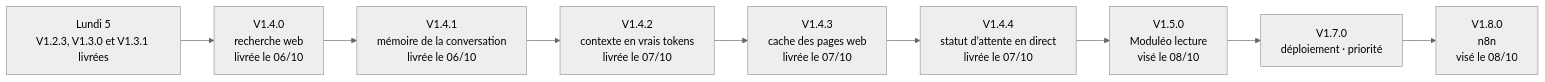
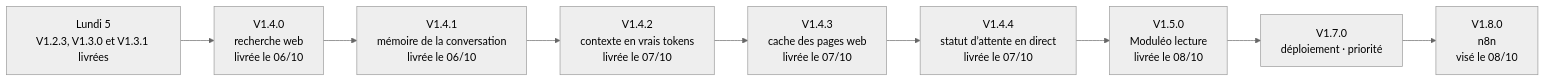
Before and after one commit to UlyssouLV/BBASS-Agents-IA: the third of 3 diagrams in README.md, drawn with Mermaid (neutral theme). The commit also changed other lines of this file and 7 other files, not shown here.

````diff
--- a/README.md
+++ b/README.md
@@ -161,11 +162,11 @@
 ```mermaid
 flowchart LR
   L05["Lundi 5<br/>V1.2.3, V1.3.0 et V1.3.1 livrées"] --> V140["V1.4.0<br/>recherche web<br/>livrée le 06/10"]
   V140 --> V141["V1.4.1<br/>mémoire de la conversation<br/>livrée le 06/10"]
   V141 --> V142["V1.4.2<br/>contexte en vrais tokens<br/>livrée le 07/10"]
   V142 --> V143["V1.4.3<br/>cache des pages web<br/>livrée le 07/10"]
   V143 --> V144["V1.4.4<br/>statut d’attente en direct<br/>livrée le 07/10"]
-  V144 --> V150["V1.5.0<br/>Moduléo lecture<br/>visé le 08/10"]
+  V144 --> V150["V1.5.0<br/>Moduléo lecture<br/>livrée le 08/10"]
   V150 --> V170["V1.7.0<br/>déploiement · priorité"]
   V170 --> V180["V1.8.0<br/>n8n<br/>visé le 08/10"]
 ```
````
